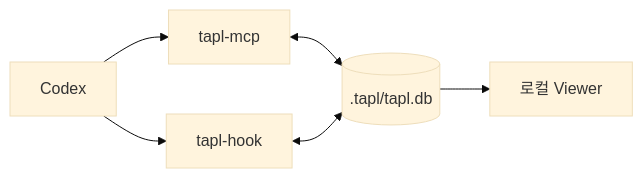
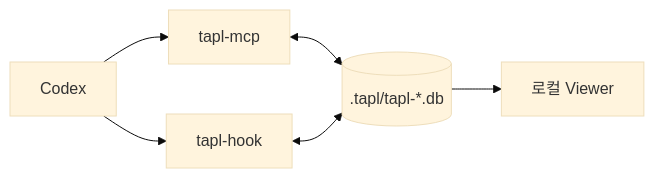
The diagram in README.ko.md (qkdxorjs1002/tapl), drawn with Mermaid (base theme) before and after one commit. The commit also changed other lines of this file and 83 other files, not shown here.

````diff
--- a/README.ko.md
+++ b/README.ko.md
@@ -247,8 +246,8 @@
 ```mermaid
 flowchart LR
     A[Codex] --> B[tapl-mcp]
     A --> C[tapl-hook]
-    B <--> D[(.tapl/tapl.db)]
+    B <--> D[(".tapl/tapl-*.db")]
     C <--> D
     D --> E[로컬 Viewer]
 ```
````
